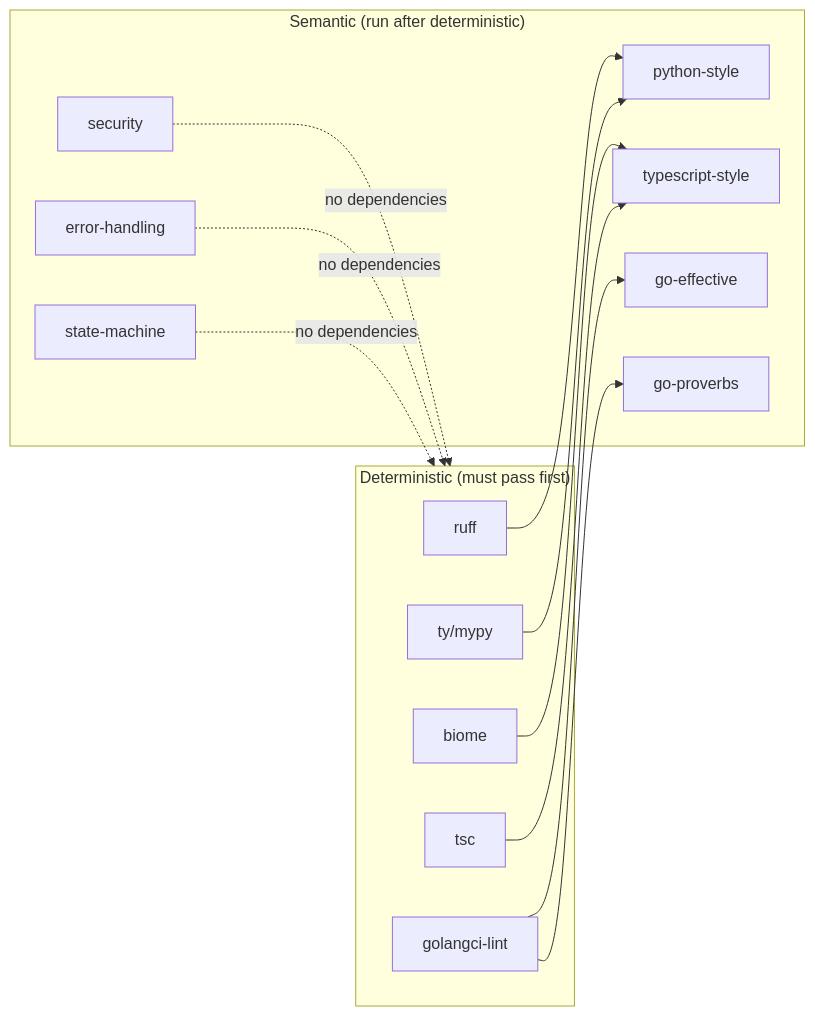
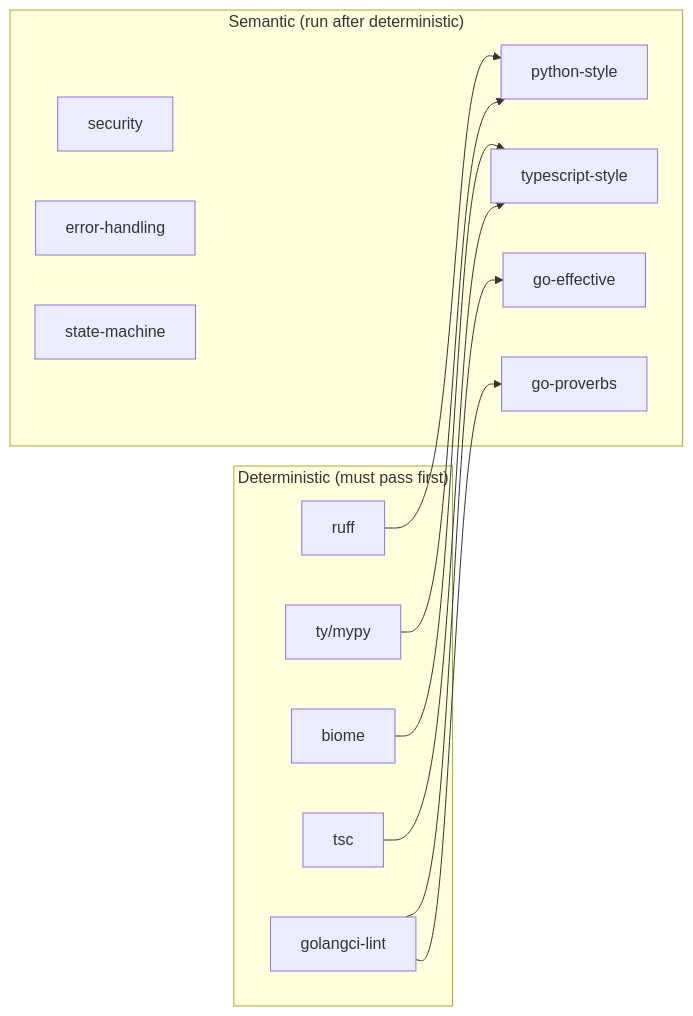
Before and after one commit to peteski22/agent-pragma: the sixth of 7 diagrams in ARCHITECTURE.md, drawn with Mermaid. The commit also changed other lines of this file and 1 other file, not shown here.

````diff
--- a/ARCHITECTURE.md
+++ b/ARCHITECTURE.md
@@ -322,31 +329,31 @@
 ```mermaid
 flowchart LR
     subgraph Det["Deterministic (must pass first)"]
         ruff["ruff"]
         ty["ty/mypy"]
         biome["biome"]
         tsc["tsc"]
         golangci["golangci-lint"]
     end
 
     subgraph Sem["Semantic (run after deterministic)"]
         pystyle["python-style"]
         tsstyle["typescript-style"]
         goeff["go-effective"]
         goprov["go-proverbs"]
         sec["security"]
         errh["error-handling"]
         stm["state-machine"]
     end
 
     ruff --> pystyle
     ty --> pystyle
     biome --> tsstyle
     tsc --> tsstyle
     golangci --> goeff
     golangci --> goprov
 
-    sec -.->|"no dependencies"| Det
-    errh -.->|"no dependencies"| Det
-    stm -.->|"no dependencies"| Det
+    sec ~~~ Det
+    errh ~~~ Det
+    stm ~~~ Det
 ```
````
